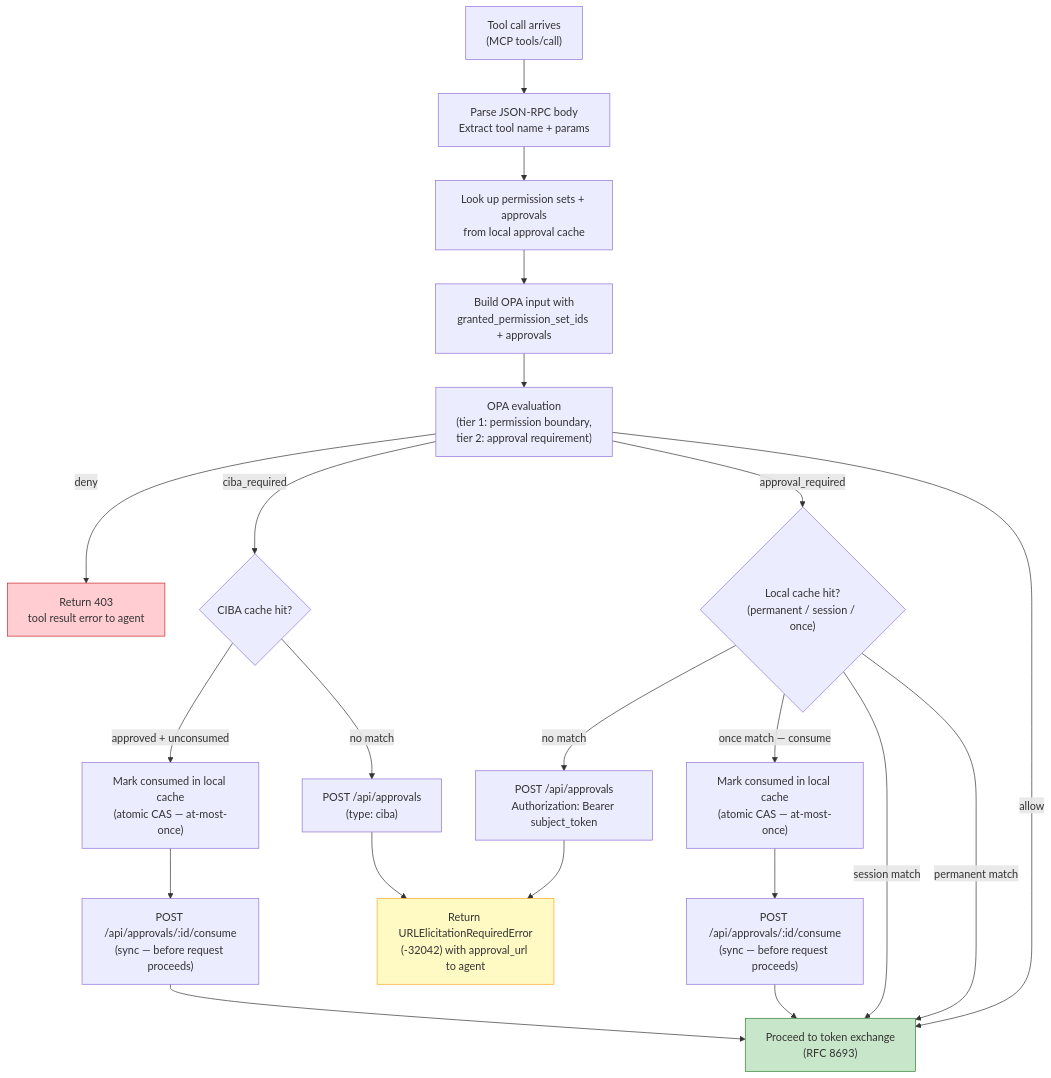
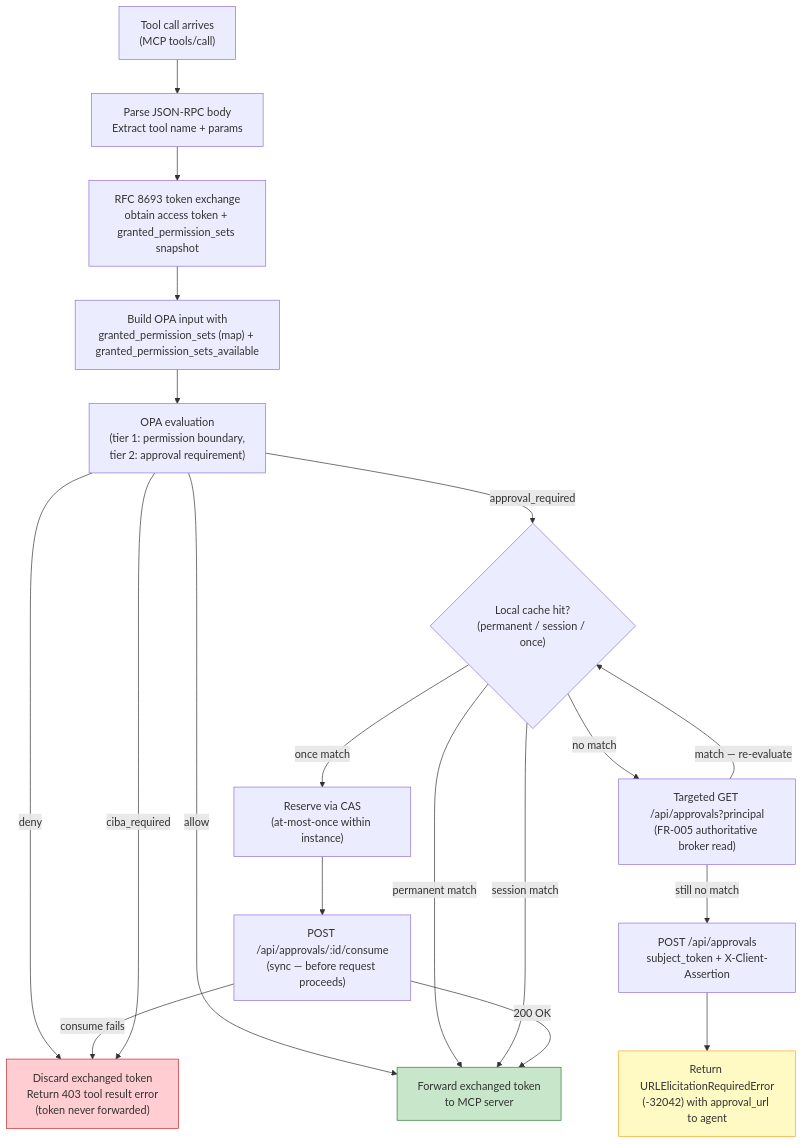
The first of 3 diagrams in specs/026-extproc-approval-sync/spec.md (zalando-incubator/agentic-identity-broker), drawn with Mermaid before and after one commit. The commit also changed other lines of this file, not shown here.

First line of the commit message:
Resolve spec review: align 026 approval sync to glob branch

````diff
--- a/specs/026-extproc-approval-sync/spec.md
+++ b/specs/026-extproc-approval-sync/spec.md
@@ -38,30 +52,28 @@
 ```mermaid
 flowchart TD
     A["Tool call arrives<br/>(MCP tools/call)"] --> B["Parse JSON-RPC body<br/>Extract tool name + params"]
-    B --> C["Look up permission sets + approvals<br/>from local approval cache"]
-    C --> D["Build OPA input with<br/>granted_permission_set_ids + approvals"]
+    B --> X["RFC 8693 token exchange<br/>obtain access token + granted_permission_sets snapshot"]
+    X --> D["Build OPA input with<br/>granted_permission_sets (map) + granted_permission_sets_available"]
     D --> E["OPA evaluation<br/>(tier 1: permission boundary,<br/>tier 2: approval requirement)"]
 
-    E -->|"deny"| F["Return 403<br/>tool result error to agent"]
-    E -->|"allow"| G["Proceed to token exchange<br/>(RFC 8693)"]
+    E -->|"deny"| F["Discard exchanged token<br/>Return 403 tool result error<br/>(token never forwarded)"]
+    E -->|"allow"| G["Forward exchanged token<br/>to MCP server"]
 
     E -->|"approval_required"| H{"Local cache hit?<br/>(permanent / session / once)"}
     H -->|"permanent match"| G
     H -->|"session match"| G
-    H -->|"once match — consume"| I["Mark consumed in local cache<br/>(atomic CAS — at-most-once)"]
+    H -->|"once match"| I["Reserve via CAS<br/>(at-most-once within instance)"]
     I --> I_sync["POST /api/approvals/:id/consume<br/>(sync — before request proceeds)"]
-    I_sync --> G
-    H -->|"no match"| J["POST /api/approvals<br/>Authorization: Bearer subject_token"]
+    I_sync -->|"200 OK"| G
+    I_sync -->|"consume fails"| F
+    H -->|"no match"| M2["Targeted GET /api/approvals?principal<br/>(FR-005 authoritative broker read)"]
+    M2 -->|"match — re-evaluate"| H
+    M2 -->|"still no match"| J["POST /api/approvals<br/>subject_token + X-Client-Assertion"]
     J --> K["Return URLElicitationRequiredError<br/>(-32042) with approval_url to agent"]
 
-    E -->|"ciba_required"| L{"CIBA cache hit?"}
-    L -->|"approved + unconsumed"| C2["Mark consumed in local cache<br/>(atomic CAS — at-most-once)"]
-    C2 --> C2_sync["POST /api/approvals/:id/consume<br/>(sync — before request proceeds)"]
-    C2_sync --> G
-    L -->|"no match"| M["POST /api/approvals<br/>(type: ciba)"]
-    M --> K
+    E -->|"ciba_required"| F
 
     style F fill:#ffcdd2,stroke:#c62828
     style K fill:#fff9c4,stroke:#f9a825
     style G fill:#c8e6c9,stroke:#2e7d32
 ```
````
